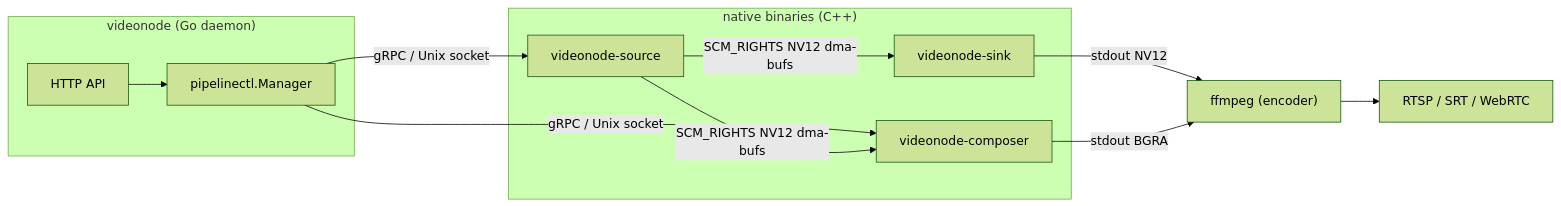
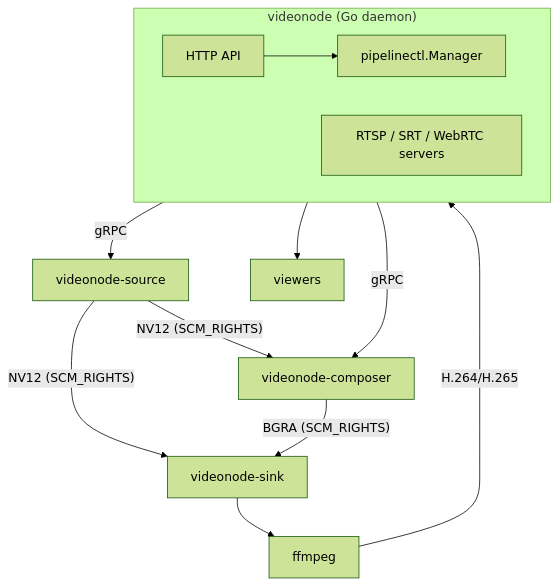
The diagram in website/docs/development/architecture.md (smazurov/videonode), drawn with Mermaid (forest theme) before and after one commit. The commit also changed other lines of this file and 26 other files, not shown here.

````diff
--- a/website/docs/development/architecture.md
+++ b/website/docs/development/architecture.md
@@ -41,33 +41,27 @@
 ```mermaid
-flowchart LR
+flowchart TB
   accTitle: VideoNode process architecture
   accDescr {
     The Go daemon spawns videonode-source and videonode-composer via gRPC
     control sockets. Sources broadcast NV12 dma-bufs over SCM_RIGHTS to
     videonode-sink and videonode-composer. Each sink pipes raw bytes into
     ffmpeg for encoding and RTSP/SRT/WebRTC egress.
   }
 
   subgraph daemon["videonode (Go daemon)"]
-    api["HTTP API"]
-    mgr["pipelinectl.Manager"]
-    api --> mgr
+    direction LR
+    api["HTTP API"] --> mgr["pipelinectl.Manager"]
+    muxers["RTSP / SRT / WebRTC servers"]
   end
 
-  subgraph native["native binaries (C++)"]
-    src["videonode-source"]
-    comp["videonode-composer"]
-    sink["videonode-sink"]
-  end
+  mgr -- "gRPC" --> src["videonode-source"]
+  mgr -- "gRPC" --> comp["videonode-composer"]
 
-  mgr -- "gRPC / Unix socket" --> src
-  mgr -- "gRPC / Unix socket" --> comp
+  src -- "NV12 (SCM_RIGHTS)" --> comp
+  src -- "NV12 (SCM_RIGHTS)" --> sink["videonode-sink"]
+  comp -- "BGRA (SCM_RIGHTS)" --> sink
 
-  src -- "SCM_RIGHTS NV12 dma-bufs" --> comp
-  src -- "SCM_RIGHTS NV12 dma-bufs" --> sink
-
-  sink -- "stdout NV12" --> ffmpeg["ffmpeg (encoder)"]
-  comp -- "stdout BGRA" --> ffmpeg
-
-  ffmpeg --> rtsp["RTSP / SRT / WebRTC"]
+  sink --> ffmpeg["ffmpeg"]
+  ffmpeg -- "H.264/H.265" --> muxers
+  muxers --> viewers["viewers"]
 ```
````
